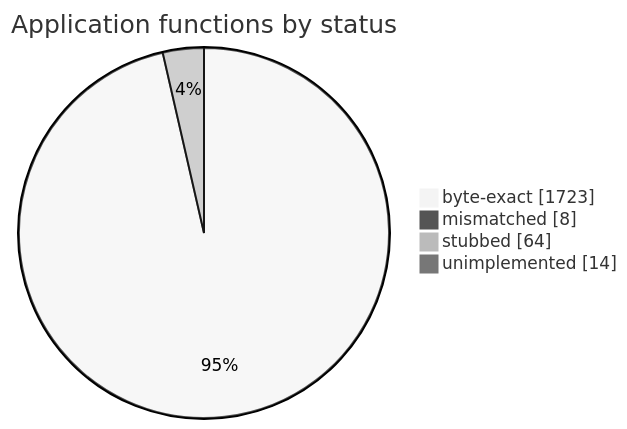
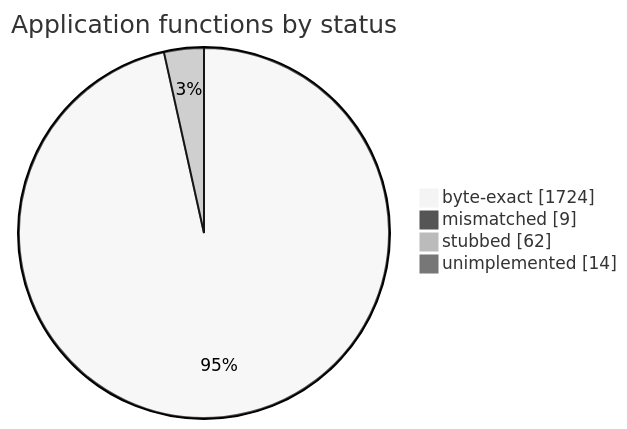
Before and after one commit to sorokya/eos: the diagram in README.md, drawn with Mermaid (neutral theme). The commit also changed other lines of this file and 3 other files, not shown here.

````diff
--- a/README.md
+++ b/README.md
@@ -154,8 +154,8 @@
 ```mermaid
 pie showData
     title Application functions by status
-    "byte-exact" : 1723
-    "mismatched" : 8
-    "stubbed" : 64
+    "byte-exact" : 1724
+    "mismatched" : 9
+    "stubbed" : 62
     "unimplemented" : 14
 ```
````
